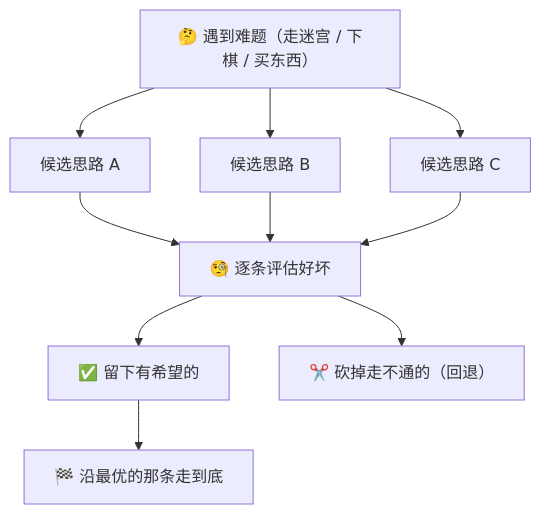
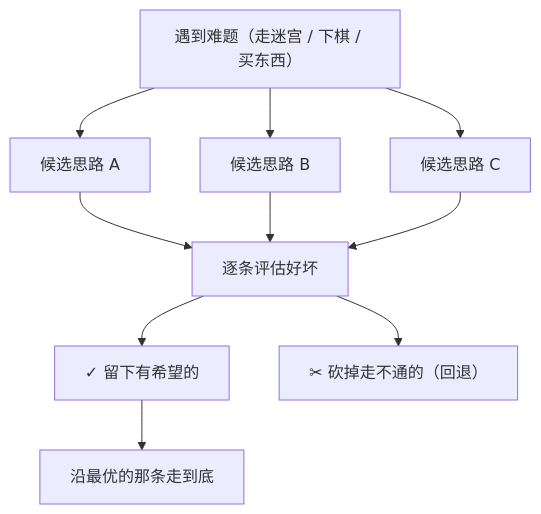
The second of 6 diagrams in docs/02_CONCEPTS_概念入门/CONCEPT/[CONCEPT-24] 什么是思维树-TreeOfThoughts.md (luckykhy/KhyAiHub), drawn with Mermaid before and after one commit. The commit also changed other lines of this file, not shown here.

````diff
--- a/docs/02_CONCEPTS_概念入门/CONCEPT/[CONCEPT-24] 什么是思维树-TreeOfThoughts.md
+++ b/docs/02_CONCEPTS_概念入门/CONCEPT/[CONCEPT-24] 什么是思维树-TreeOfThoughts.md
@@ -76,13 +76,13 @@
 ```mermaid
 flowchart TB
-  START["🤔 遇到难题（走迷宫 / 下棋 / 买东西）"]
+  START["遇到难题（走迷宫 / 下棋 / 买东西）"]
   START --> B1["候选思路 A"]
   START --> B2["候选思路 B"]
   START --> B3["候选思路 C"]
-  B1 --> E["🧐 逐条评估好坏"]
+  B1 --> E["逐条评估好坏"]
   B2 --> E
   B3 --> E
-  E --> KEEP["✅ 留下有希望的"]
-  E --> CUT["✂️ 砍掉走不通的（回退）"]
-  KEEP --> FINAL["🏁 沿最优的那条走到底"]
+  E --> KEEP["✓ 留下有希望的"]
+  E --> CUT["✂ 砍掉走不通的（回退）"]
+  KEEP --> FINAL["沿最优的那条走到底"]
 ```
````
